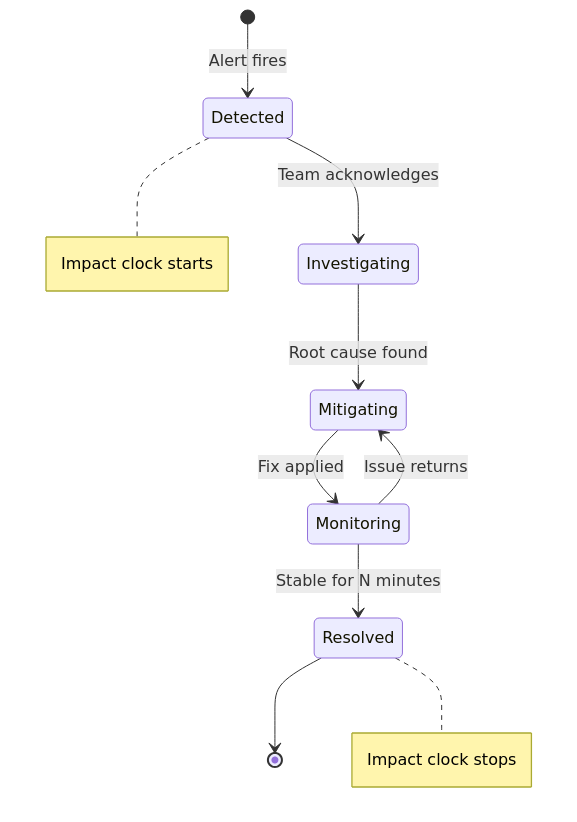
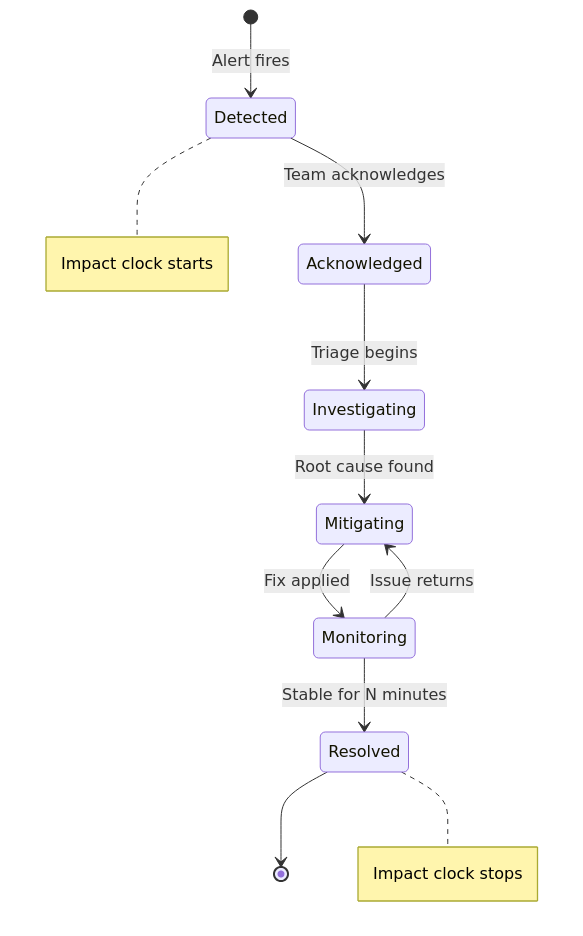
The seventh of 8 diagrams in posts/2026-01-30-impact-analysis/README.md (OneUptime/blog), drawn with Mermaid before and after one commit. The commit also changed other lines of this file and 2 other files, not shown here.

````diff
--- a/posts/2026-01-30-impact-analysis/README.md
+++ b/posts/2026-01-30-impact-analysis/README.md
@@ -892,13 +953,14 @@
 ```mermaid
 stateDiagram-v2
     [*] --> Detected: Alert fires
-    Detected --> Investigating: Team acknowledges
+    Detected --> Acknowledged: Team acknowledges
+    Acknowledged --> Investigating: Triage begins
     Investigating --> Mitigating: Root cause found
     Mitigating --> Monitoring: Fix applied
     Monitoring --> Resolved: Stable for N minutes
     Monitoring --> Mitigating: Issue returns
     Resolved --> [*]
 
     note right of Detected: Impact clock starts
     note right of Resolved: Impact clock stops
 ```
````
